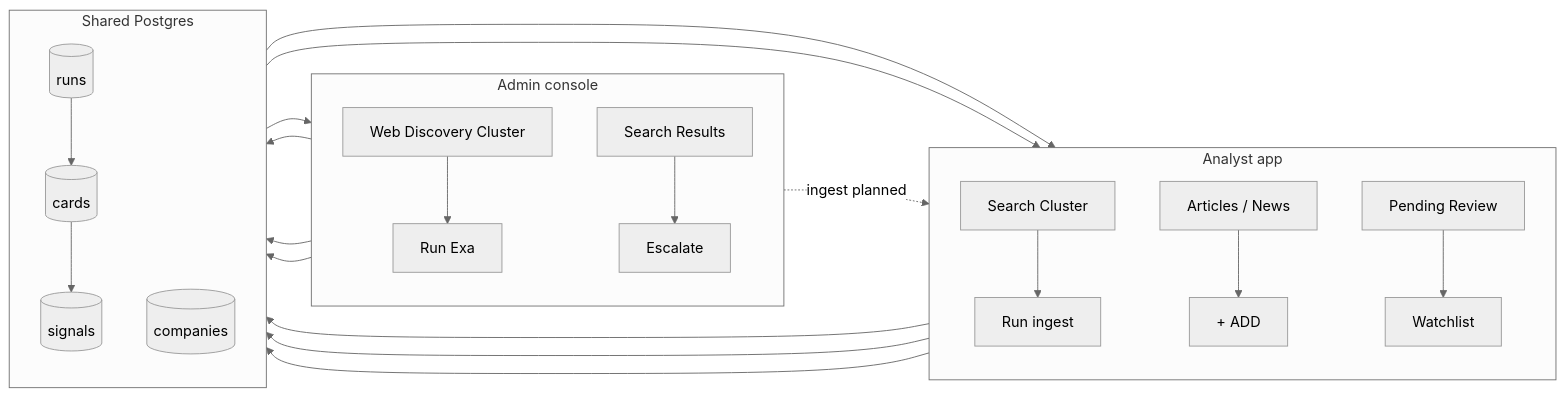
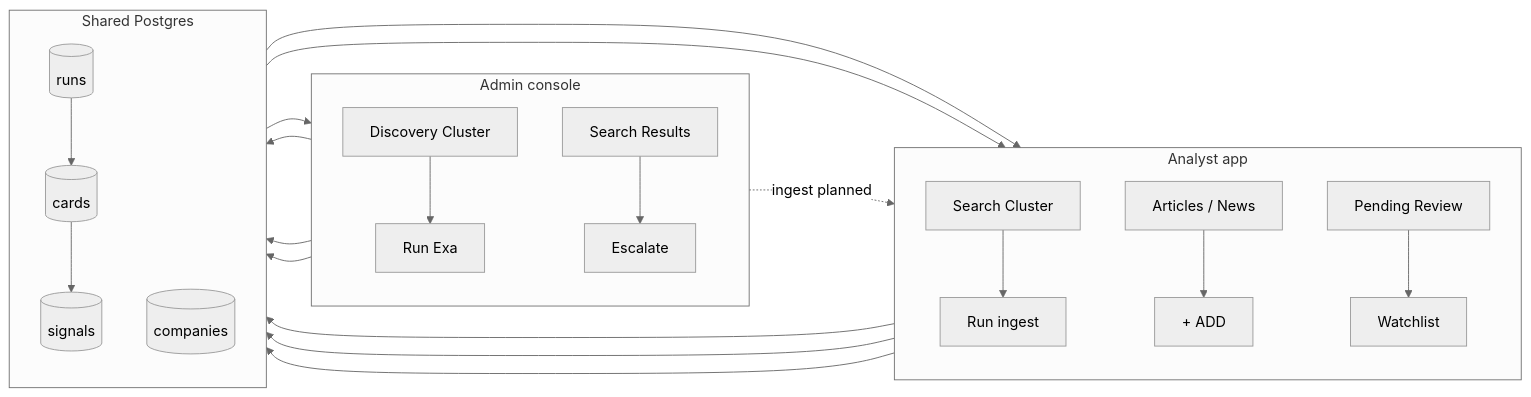
One commit to Growth-Maschine/NORAD-INTEL-ENGINE-V1 changed the ninth of 10 diagrams in docs/phase-1/P1-04-admin.md. Above: the diagram before and after it, drawn with Mermaid (neutral theme). The commit also changed other lines of this file and 9 other files, not shown here.

````diff
--- a/docs/phase-1/P1-04-admin.md
+++ b/docs/phase-1/P1-04-admin.md
@@ -906,43 +916,43 @@
 ```mermaid
 flowchart LR
     subgraph Operator["Admin console"]
         direction TB
-        A1[Web Discovery Cluster]
+        A1[Discovery Cluster]
         A2[Run Exa]
         A3[Search Results]
         A4[Escalate]
     end
 
     subgraph Analyst["Analyst app"]
         direction TB
         B1[Search Cluster]
         B2[Run ingest]
         B3[Articles / News]
         B4[+ ADD]
         B5[Pending Review]
         B6[Watchlist]
     end
 
     subgraph DB["Shared Postgres"]
         direction TB
         R[(runs)]
         C[(companies)]
         K[(cards)]
         S[(signals)]
     end
 
     A1 --> A2 --> R
     R --> A3
     A3 --> A4 --> R
     A4 --> C
 
     B1 --> B2 --> R
     R --> B3
     B3 --> B4 --> R
     R --> K
     K --> B5
     B5 --> B6 --> C
     K --> S
 
     A3 -.->|ingest planned| B3
 ```
````
